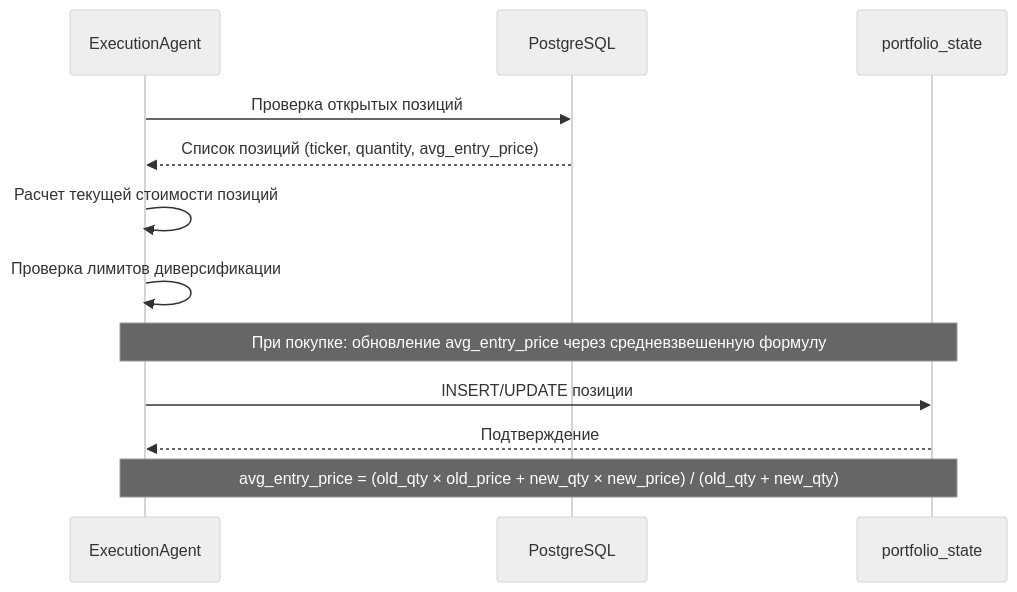
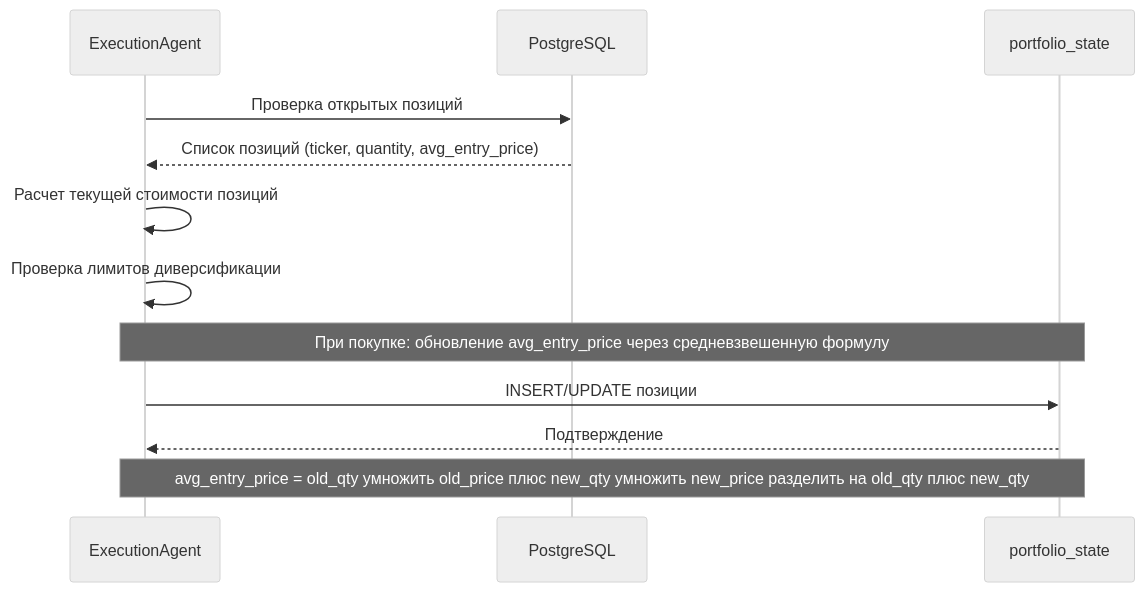
One commit to kobyzev-yuri/lse-about.md changed the tenth of 19 diagrams in BUSINESS_PROCESSES.md. Above: the diagram before and after it, drawn with Mermaid (neutral theme).

Commit message:
fix: исправлена формула в sequence диаграмме

````diff
--- a/BUSINESS_PROCESSES.md
+++ b/BUSINESS_PROCESSES.md
@@ -358,18 +358,18 @@
 ```mermaid
 sequenceDiagram
     participant EA as ExecutionAgent
     participant DB as PostgreSQL
     participant Portfolio as portfolio_state
     
     EA->>DB: Проверка открытых позиций
     DB-->>EA: Список позиций (ticker, quantity, avg_entry_price)
     
     EA->>EA: Расчет текущей стоимости позиций
     EA->>EA: Проверка лимитов диверсификации
     
     Note over EA,Portfolio: При покупке: обновление avg_entry_price через средневзвешенную формулу
     EA->>Portfolio: INSERT/UPDATE позиции
     Portfolio-->>EA: Подтверждение
     
-    Note over EA,Portfolio: avg_entry_price = (old_qty × old_price + new_qty × new_price) / (old_qty + new_qty)
+    Note over EA,Portfolio: avg_entry_price = old_qty умножить old_price плюс new_qty умножить new_price разделить на old_qty плюс new_qty
 ```
````
